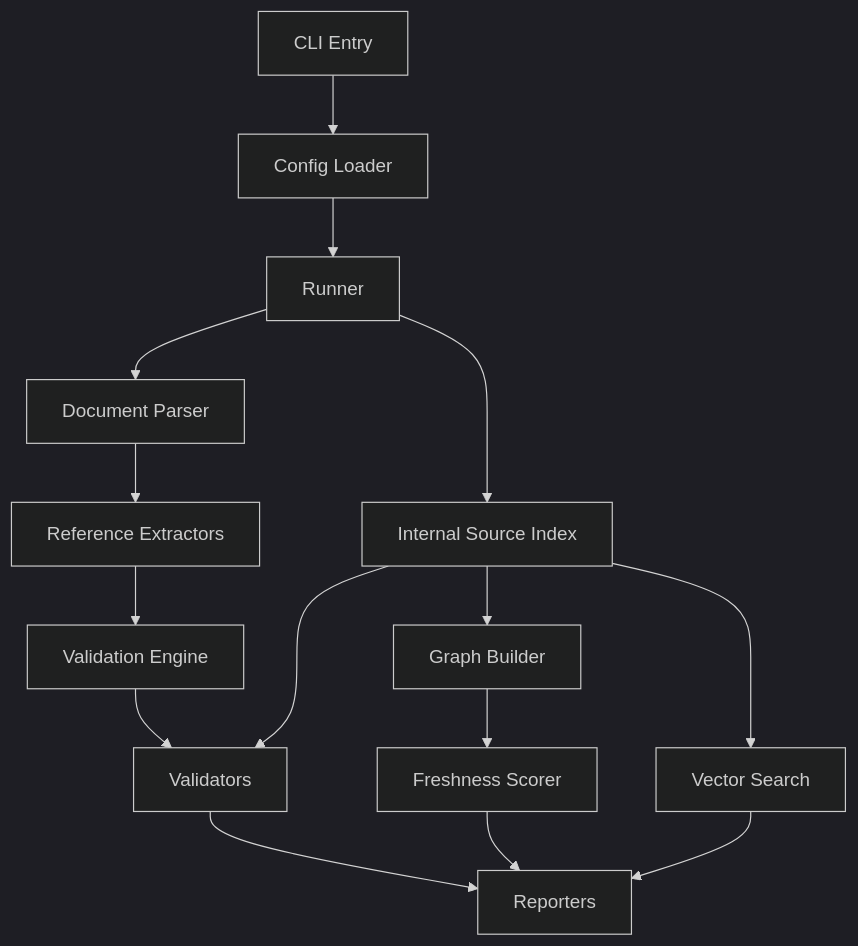
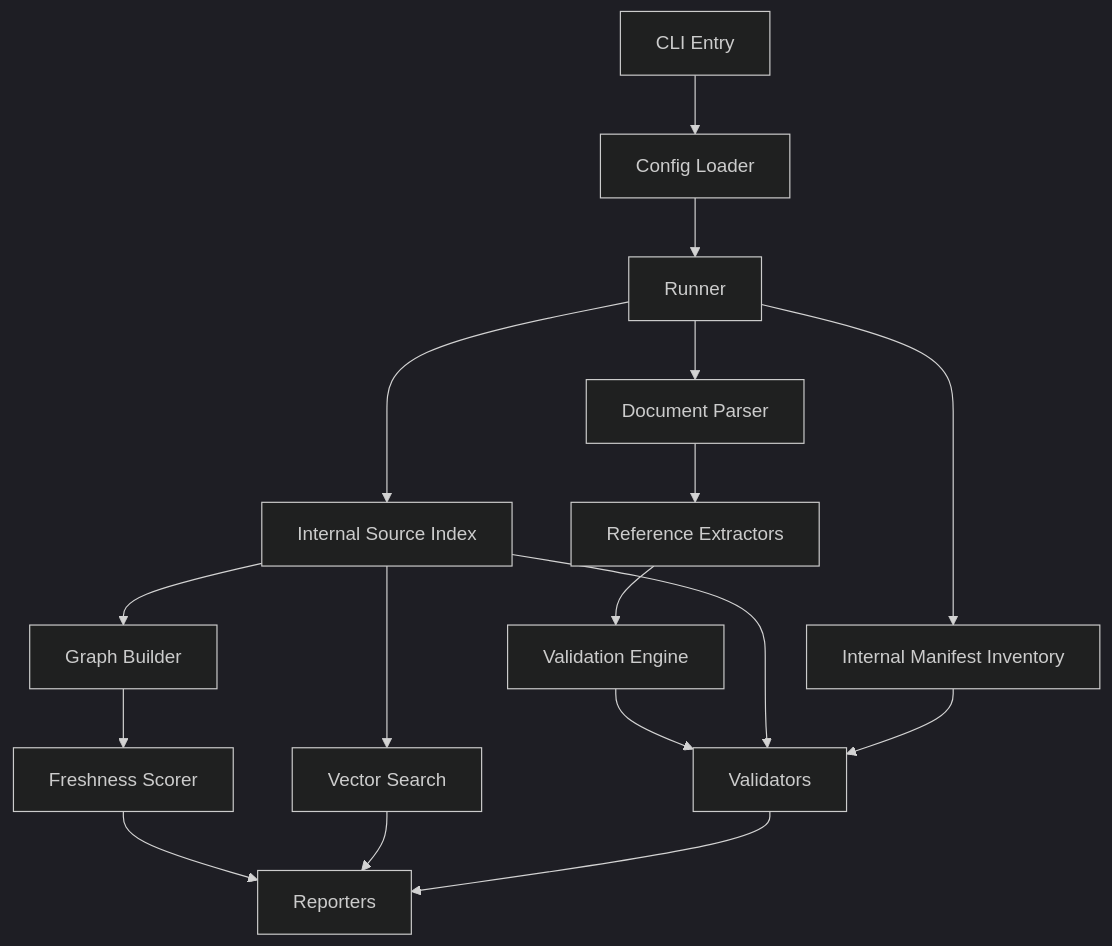
Before and after one commit to cosmocoder/doc-freshness-checker: the diagram in docs/runtime-architecture.md, drawn with Mermaid (dark theme). The commit also changed other lines of this file and 9 other files, not shown here.

Commit message:
refactor: share manifest reads across validators

````diff
--- a/docs/runtime-architecture.md
+++ b/docs/runtime-architecture.md
@@ -7,30 +7,33 @@
 ```mermaid
 flowchart TD
     cli[CLI Entry]
     configLoader[Config Loader]
     runner[Runner]
     parser[Document Parser]
     extractors[Reference Extractors]
     engine[Validation Engine]
     validators[Validators]
     sourceIndex[Internal Source Index]
+    manifestInventory[Internal Manifest Inventory]
     graphBuild[Graph Builder]
     scoring[Freshness Scorer]
     vectorSearch[Vector Search]
     reporters[Reporters]
 
     cli --> configLoader
     configLoader --> runner
     runner --> parser
     parser --> extractors
     extractors --> engine
     engine --> validators
     runner --> sourceIndex
     sourceIndex --> validators
     sourceIndex --> graphBuild
+    runner --> manifestInventory
+    manifestInventory --> validators
     graphBuild --> scoring
     sourceIndex --> vectorSearch
     scoring --> reporters
     vectorSearch --> reporters
     validators --> reporters
 ```
````
